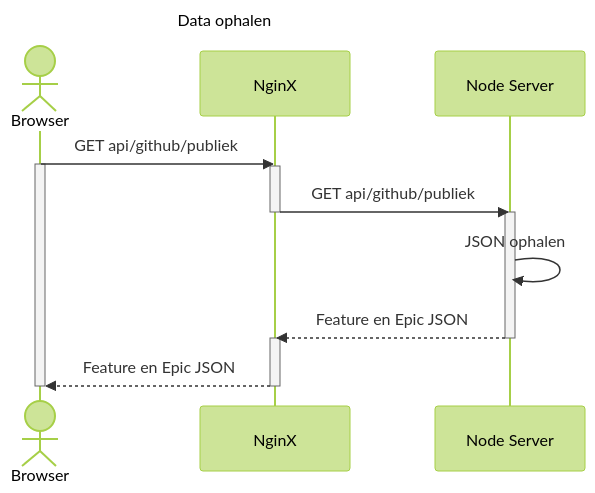
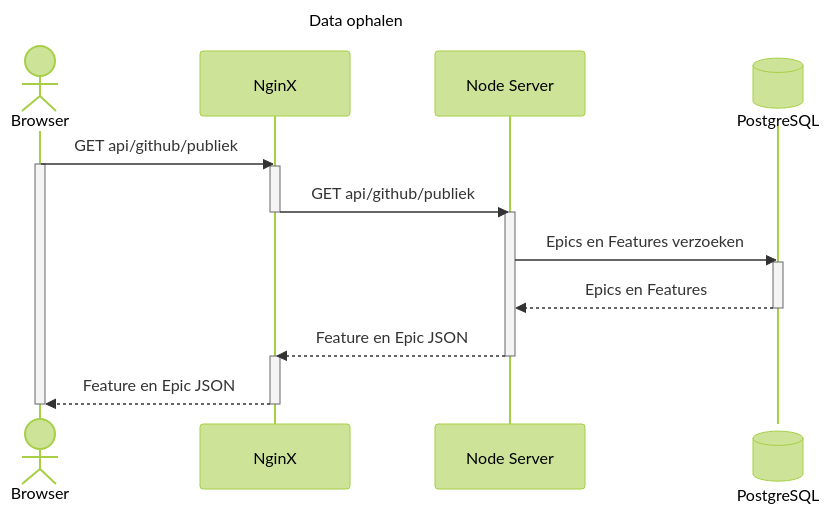
The fourth of 4 diagrams in docs/roadmap-api/github-communicate.md (MijnInkomen/public-lab-mijninkomen), drawn with Mermaid (forest theme) before and after one commit. The commit also changed other lines of this file and 1 other file, not shown here.

````diff
--- a/docs/roadmap-api/github-communicate.md
+++ b/docs/roadmap-api/github-communicate.md
@@ -145,22 +154,26 @@
 ```mermaid
 ---
 title: Data ophalen
 ---
 sequenceDiagram
     actor browser as Browser
     participant proxy as NginX
     participant node as Node Server
+    participant db@{ "type": "database"} as PostgreSQL
     browser->>proxy: GET api/github/publiek
     activate browser
     activate proxy
     proxy->>node: GET api/github/publiek
     activate node
     deactivate proxy
-    node->>node: JSON ophalen
+    node->>db: Epics en Features verzoeken
+    activate db
+    db-->>node: Epics en Features
+    deactivate db
     node-->>proxy: Feature en Epic JSON
     activate proxy
     deactivate node
     proxy-->>browser: Feature en Epic JSON
     deactivate proxy
     deactivate browser
 ```
````
